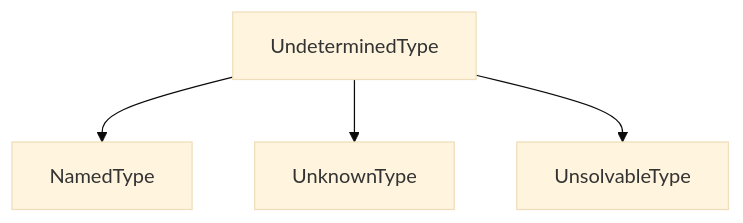
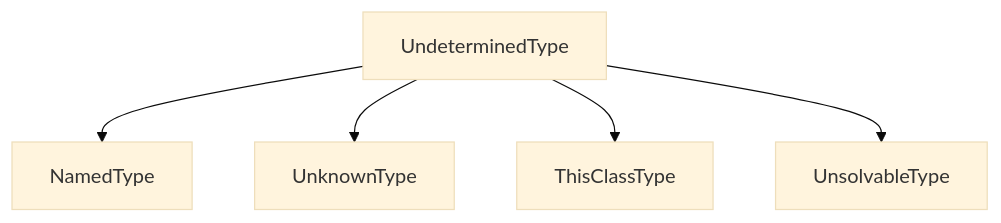
Before and after one commit to YJL-NLP/alioth-dev: the second of 16 diagrams in doc/Alioth-0.9/20190430-类型系统设计.md, drawn with Mermaid (base theme). The commit also changed other lines of this file and 3 other files, not shown here.

```diff
--- a/doc/Alioth-0.9/20190430-类型系统设计.md
+++ b/doc/Alioth-0.9/20190430-类型系统设计.md
@@ -71,6 +71,7 @@
 ~~~mermaid
 graph TB
 UndeterminedType --> NamedType
 UndeterminedType --> UnknownType
+UndeterminedType --> ThisClassType
 UndeterminedType --> UnsolvableType
 ~~~
```
